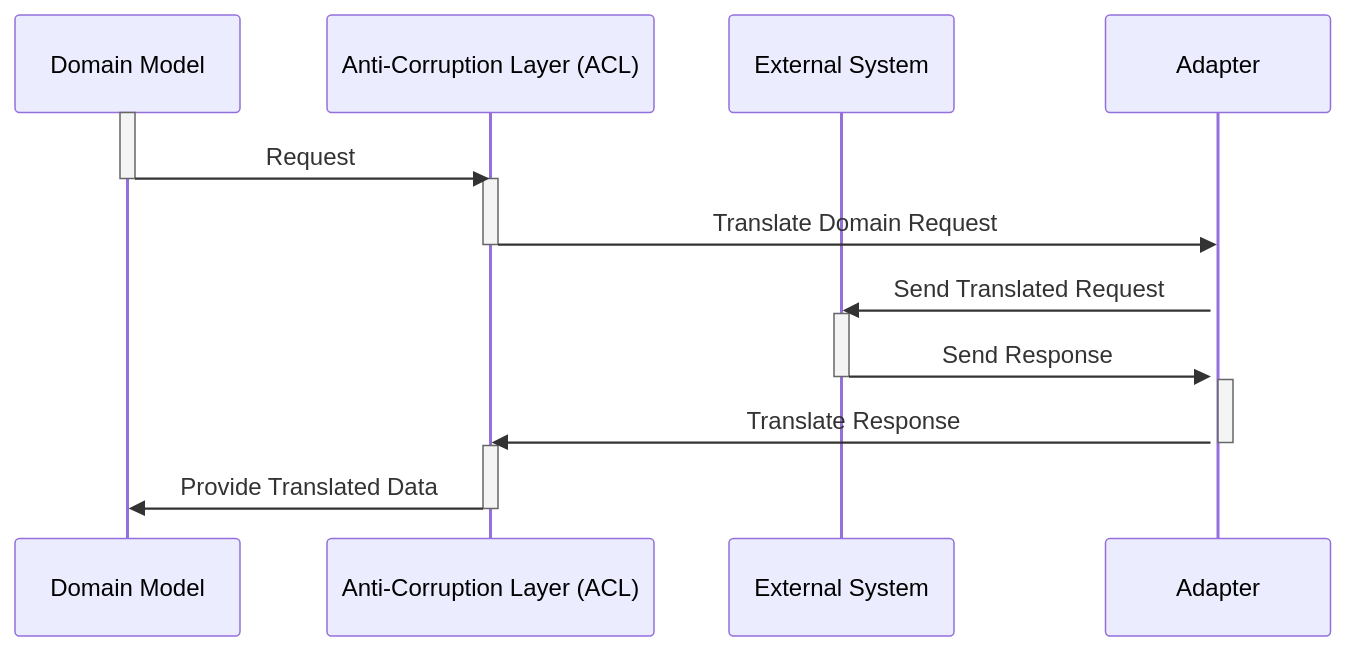
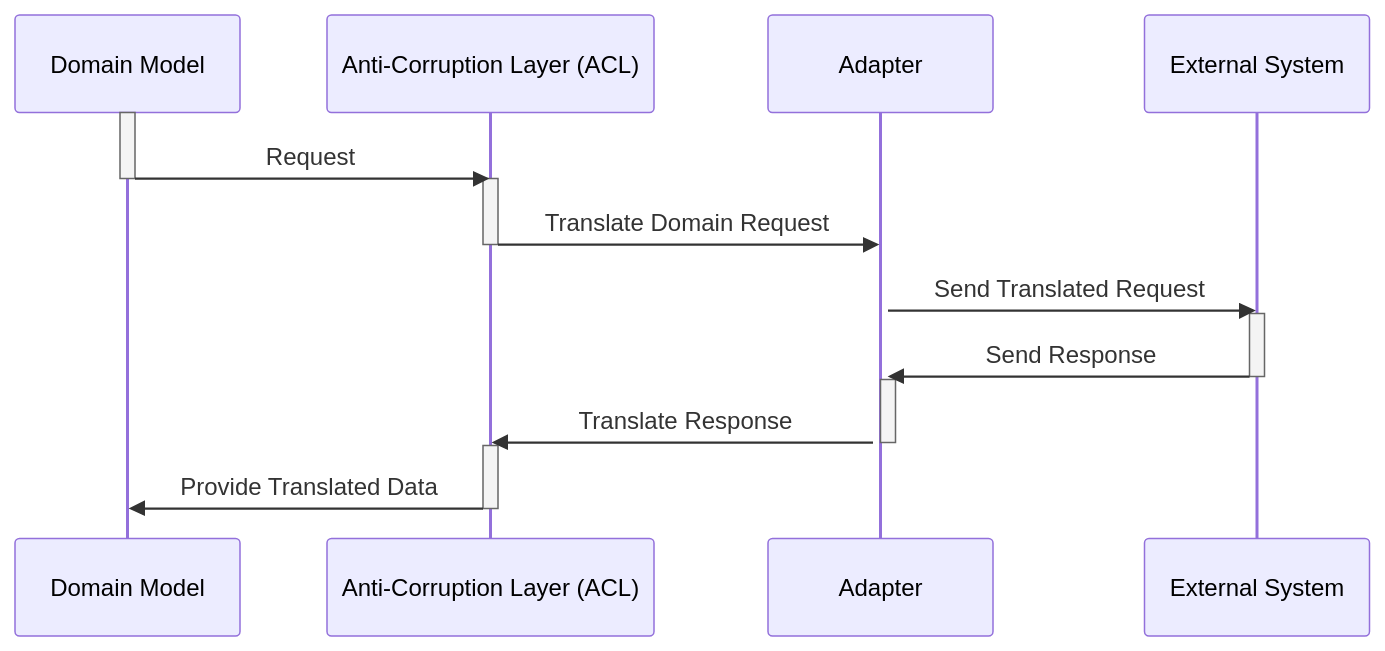
The diagram in src/docs/domain-driven-design/anti-corruption-layer.md (ardalis/DevIQ-gatsby), drawn with Mermaid before and after one commit.

Commit message:
Add participant define to fix order

````diff
--- a/src/docs/domain-driven-design/anti-corruption-layer.md
+++ b/src/docs/domain-driven-design/anti-corruption-layer.md
@@ -32,23 +32,24 @@
 ```mermaid
 sequenceDiagram
     participant Domain Model
     participant ACL as Anti-Corruption Layer (ACL)
+    participant Adapter
     participant External System
     activate Domain Model
     Domain Model->>ACL: Request
     deactivate Domain Model
     activate ACL
     ACL->>Adapter: Translate Domain Request
     deactivate ACL
     activate Adapter
     Adapter->>External System: Send Translated Request
     activate External System
     External System->>Adapter: Send Response
     deactivate External System
     activate Adapter
     Adapter->>ACL: Translate Response
     deactivate Adapter
     activate ACL
     ACL->>Domain Model: Provide Translated Data
     deactivate ACL
 ```
````
